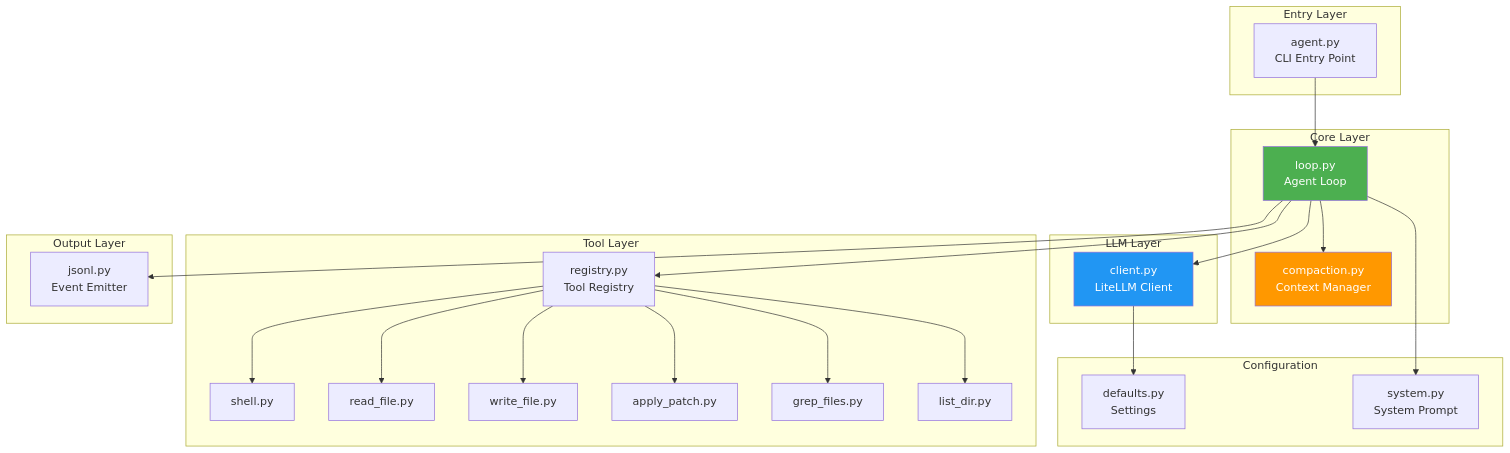
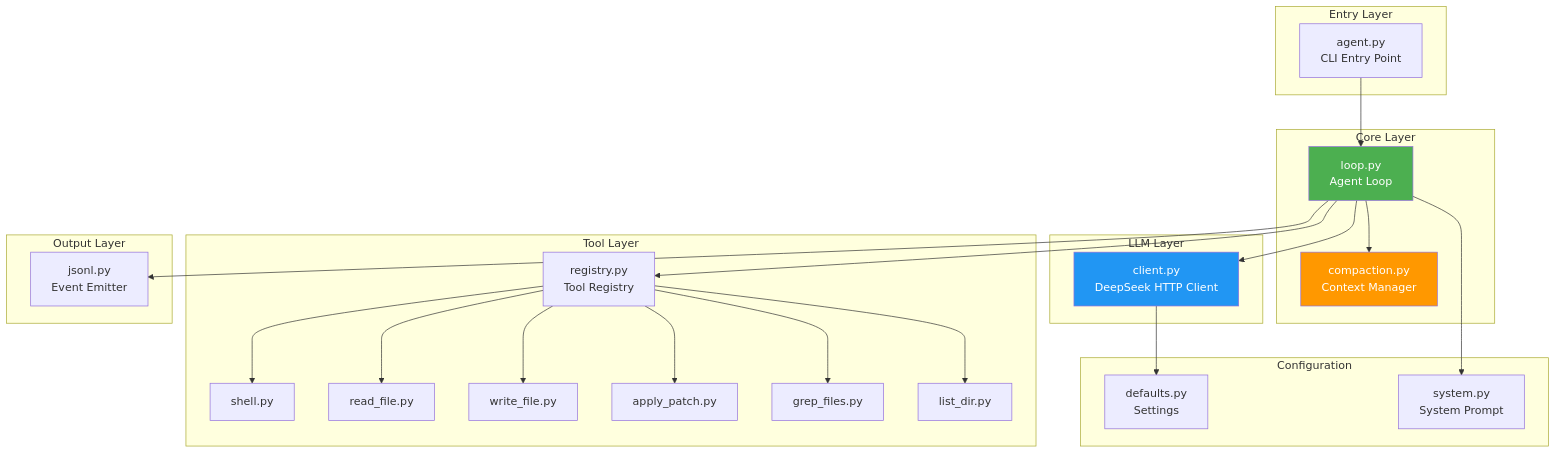
The first of 8 diagrams in docs/architecture.md (BaseIntelligence/baseagent), drawn with Mermaid before and after one commit. The commit also changed other lines of this file and 9 other files, not shown here.

Commit message:
Update Harbor and DeepSeek docs

````diff
--- a/docs/architecture.md
+++ b/docs/architecture.md
@@ -9,47 +9,47 @@
 ```mermaid
 graph TB
     subgraph Entry["Entry Layer"]
         agent["agent.py<br/>CLI Entry Point"]
     end
     
     subgraph Core["Core Layer"]
         loop["loop.py<br/>Agent Loop"]
         compact["compaction.py<br/>Context Manager"]
     end
     
     subgraph LLM["LLM Layer"]
-        client["client.py<br/>LiteLLM Client"]
+        client["client.py<br/>DeepSeek HTTP Client"]
     end
     
     subgraph Config["Configuration"]
         defaults["defaults.py<br/>Settings"]
         prompts["system.py<br/>System Prompt"]
     end
     
     subgraph Tools["Tool Layer"]
         registry["registry.py<br/>Tool Registry"]
         shell["shell.py"]
         read["read_file.py"]
         write["write_file.py"]
         patch["apply_patch.py"]
         grep["grep_files.py"]
         list["list_dir.py"]
     end
     
     subgraph Output["Output Layer"]
         jsonl["jsonl.py<br/>Event Emitter"]
     end
     
     agent --> loop
     loop --> compact
     loop --> client
     loop --> registry
     loop --> jsonl
     client --> defaults
     loop --> prompts
     registry --> shell & read & write & patch & grep & list
     
     style loop fill:#4CAF50,color:#fff
     style client fill:#2196F3,color:#fff
     style compact fill:#FF9800,color:#fff
 ```
````
